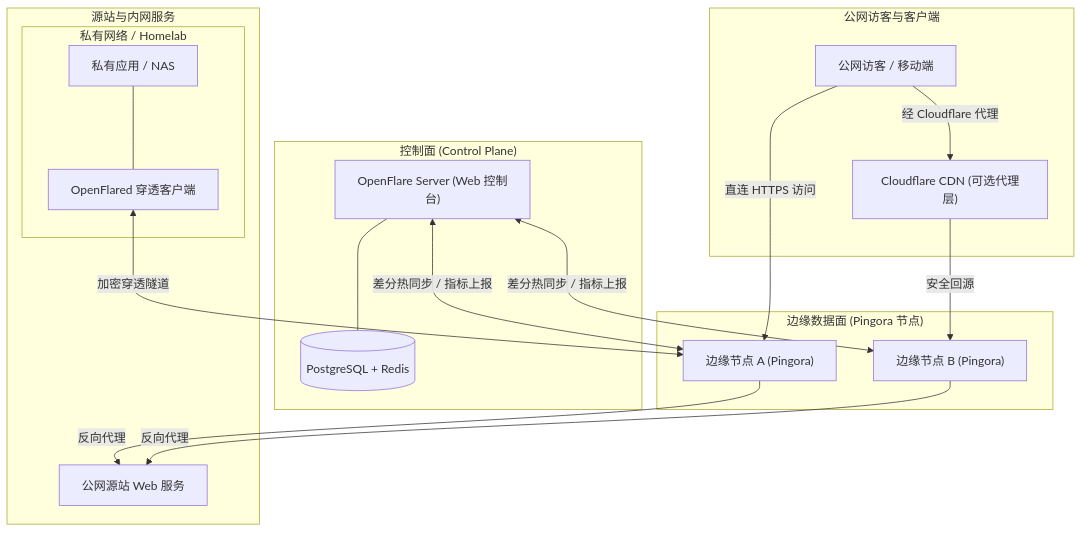
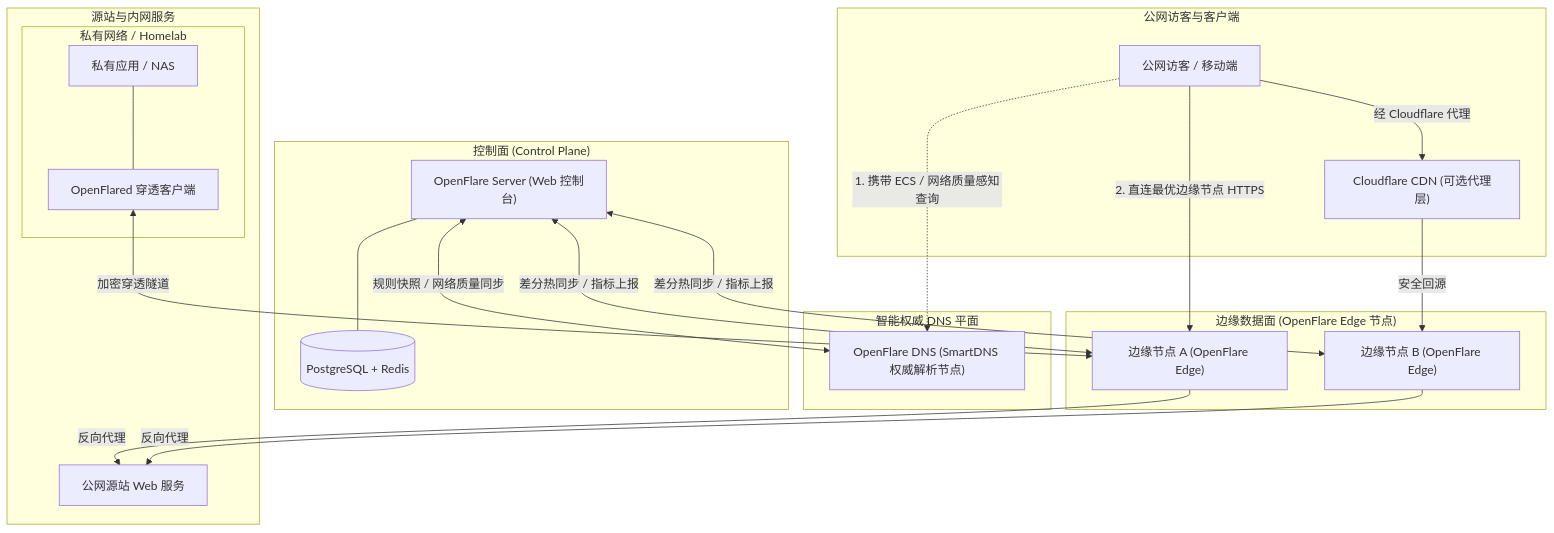
One commit to Rain-kl/OpenFlare changed the diagram in README.zh-CN.md. Above: the diagram before and after it, drawn with Mermaid. The commit also changed other lines of this file and 17 other files, not shown here.

````diff
--- a/README.zh-CN.md
+++ b/README.zh-CN.md
@@ -81,39 +83,45 @@
 ```mermaid
 flowchart TD
     subgraph Visitors ["公网访客与客户端"]
         User["公网访客 / 移动端"]
         CF["Cloudflare CDN (可选代理层)"]
     end
 
-    subgraph EdgePlane ["边缘数据面 (Pingora 节点)"]
-        Edge1["边缘节点 A (Pingora)"]
-        Edge2["边缘节点 B (Pingora)"]
+    subgraph DNSPlane ["智能权威 DNS 平面"]
+        SmartDNS["OpenFlare DNS (SmartDNS 权威解析节点)"]
+    end
+
+    subgraph EdgePlane ["边缘数据面 (OpenFlare Edge 节点)"]
+        Edge1["边缘节点 A (OpenFlare Edge)"]
+        Edge2["边缘节点 B (OpenFlare Edge)"]
     end
 
     subgraph ControlPlane ["控制面 (Control Plane)"]
         Server["OpenFlare Server (Web 控制台)"]
         DB[("PostgreSQL + Redis")]
     end
 
     subgraph Backend ["源站与内网服务"]
         Origin["公网源站 Web 服务"]
         subgraph PrivateNet ["私有网络 / Homelab"]
             NAS["私有应用 / NAS"]
             Client["OpenFlared 穿透客户端"]
         end
     end
 
-    User -->|直连 HTTPS 访问| Edge1
+    User -.->|1. 携带 ECS / 网络质量感知查询| SmartDNS
+    User -->|2. 直连最优边缘节点 HTTPS| Edge1
     User -->|经 Cloudflare 代理| CF
     CF -->|安全回源| Edge2
 
+    Server <-->|规则快照 / 网络质量同步| SmartDNS
     Server <-->|差分热同步 / 指标上报| Edge1
     Server <-->|差分热同步 / 指标上报| Edge2
     Server --- DB
 
     Edge1 -->|反向代理| Origin
     Edge2 -->|反向代理| Origin
 
     Client <-->|加密穿透隧道| Edge1
     NAS --- Client
 ```
````
